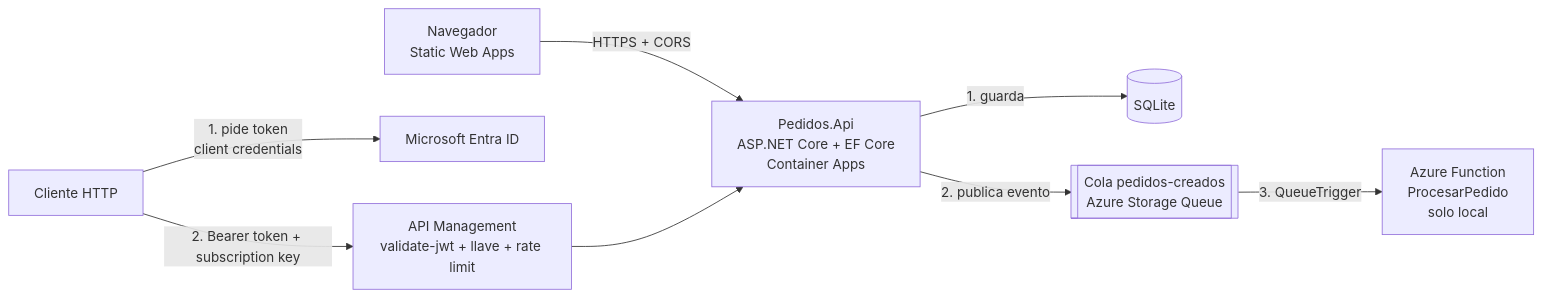
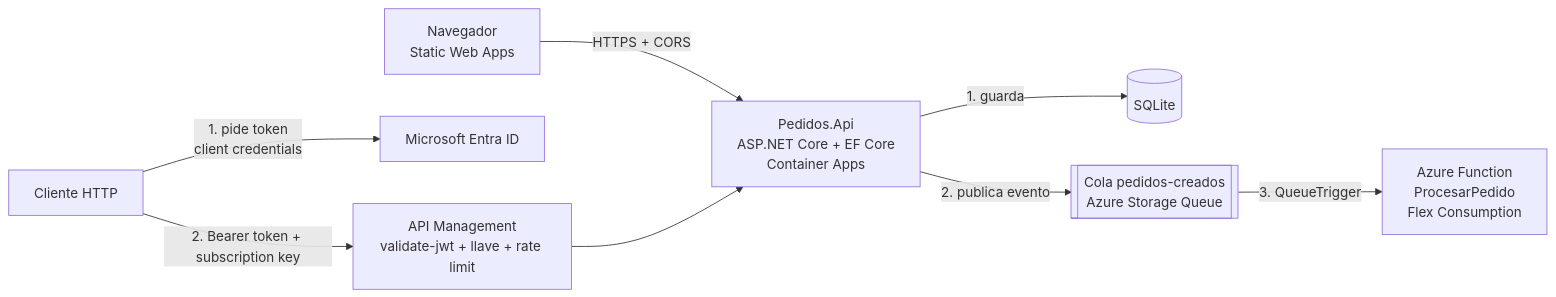
One commit to marlon-g-m/PedidosApp changed the diagram in README.md. Above: the diagram before and after it, drawn with Mermaid. The commit also changed other lines of this file, not shown here.

````diff
--- a/README.md
+++ b/README.md
@@ -12,10 +12,10 @@
 ```mermaid
 flowchart LR
     U[Navegador<br/>Static Web Apps] -->|HTTPS + CORS| A
     C[Cliente HTTP] -->|1. pide token<br/>client credentials| E[Microsoft Entra ID]
     C -->|2. Bearer token + subscription key| M[API Management<br/>validate-jwt + llave + rate limit]
     M --> A[Pedidos.Api<br/>ASP.NET Core + EF Core<br/>Container Apps]
     A -->|1. guarda| D[(SQLite)]
     A -->|2. publica evento| Q[[Cola pedidos-creados<br/>Azure Storage Queue]]
-    Q -->|3. QueueTrigger| F[Azure Function<br/>ProcesarPedido<br/>solo local]
+    Q -->|3. QueueTrigger| F[Azure Function<br/>ProcesarPedido<br/>Flex Consumption]
 ```
````
